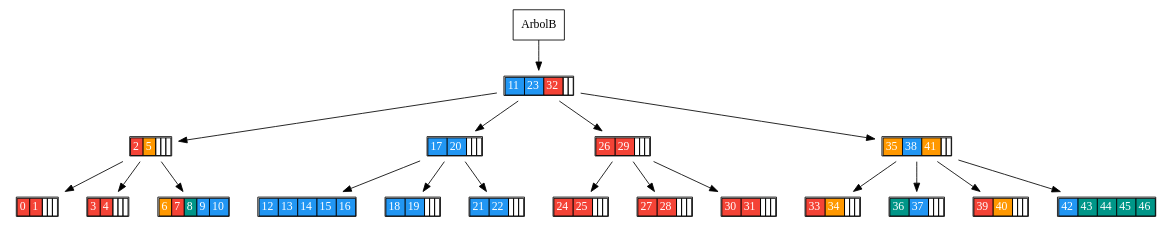
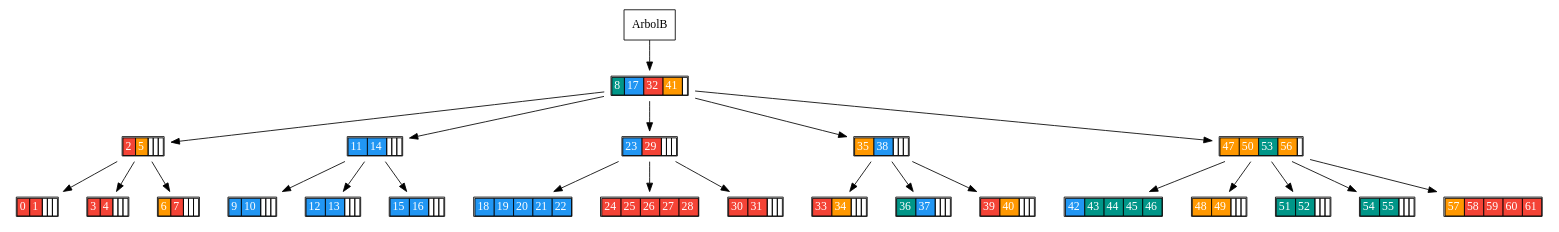
Before and after one commit to pablunsky/fuzzy-cat: the diagram in servidor/src/main/webapp/W3.CSS Template_files/arbol.dot, drawn with Graphviz. The commit also changed 33 other files, not shown here.

```diff
--- a/servidor/src/main/webapp/W3.CSS Template_files/arbol.dot
+++ b/servidor/src/main/webapp/W3.CSS Template_files/arbol.dot
@@ -1,38 +1,48 @@
 digraph arbol{
-ArbolB [shape=record, fontname="Raleway", label=ArbolB]881830774 [shape=none, fontname="Raleway",label=<<TABLE CELLSPACING="0"><TR><TD BGCOLOR ="#2196F3"><FONT COLOR="white">11</FONT></TD><TD BGCOLOR ="#2196F3"><FONT COLOR="white">23</FONT></TD><TD BGCOLOR ="#f44336"><FONT COLOR="white">32</FONT></TD><TD></TD><TD></TD></TR></TABLE>>];
-ArbolB -> 881830774;
-347214224 [shape=none, fontname="Raleway",label=<<TABLE CELLSPACING="0"><TR><TD BGCOLOR ="#f44336"><FONT COLOR="white">2</FONT></TD><TD BGCOLOR ="#ff9800"><FONT COLOR="white">5</FONT></TD><TD></TD><TD></TD><TD></TD></TR></TABLE>>];
-881830774 -> 347214224;
-592977243 [shape=none, fontname="Raleway",label=<<TABLE CELLSPACING="0"><TR><TD BGCOLOR ="#f44336"><FONT COLOR="white">0</FONT></TD><TD BGCOLOR ="#f44336"><FONT COLOR="white">1</FONT></TD><TD></TD><TD></TD><TD></TD></TR></TABLE>>];
-347214224 -> 592977243;
-1092201945 [shape=none, fontname="Raleway",label=<<TABLE CELLSPACING="0"><TR><TD BGCOLOR ="#f44336"><FONT COLOR="white">3</FONT></TD><TD BGCOLOR ="#f44336"><FONT COLOR="white">4</FONT></TD><TD></TD><TD></TD><TD></TD></TR></TABLE>>];
-347214224 -> 1092201945;
-142895767 [shape=none, fontname="Raleway",label=<<TABLE CELLSPACING="0"><TR><TD BGCOLOR ="#ff9800"><FONT COLOR="white">6</FONT></TD><TD BGCOLOR ="#f44336"><FONT COLOR="white">7</FONT></TD><TD BGCOLOR ="#009688"><FONT COLOR="white">8</FONT></TD><TD BGCOLOR ="#2196F3"><FONT COLOR="white">9</FONT></TD><TD BGCOLOR ="#2196F3"><FONT COLOR="white">10</FONT></TD></TR></TABLE>>];
-347214224 -> 142895767;
-213828742 [shape=none, fontname="Raleway",label=<<TABLE CELLSPACING="0"><TR><TD BGCOLOR ="#2196F3"><FONT COLOR="white">17</FONT></TD><TD BGCOLOR ="#2196F3"><FONT COLOR="white">20</FONT></TD><TD></TD><TD></TD><TD></TD></TR></TABLE>>];
-881830774 -> 213828742;
-1877979791 [shape=none, fontname="Raleway",label=<<TABLE CELLSPACING="0"><TR><TD BGCOLOR ="#2196F3"><FONT COLOR="white">12</FONT></TD><TD BGCOLOR ="#2196F3"><FONT COLOR="white">13</FONT></TD><TD BGCOLOR ="#2196F3"><FONT COLOR="white">14</FONT></TD><TD BGCOLOR ="#2196F3"><FONT COLOR="white">15</FONT></TD><TD BGCOLOR ="#2196F3"><FONT COLOR="white">16</FONT></TD></TR></TABLE>>];
-213828742 -> 1877979791;
-1662303694 [shape=none, fontname="Raleway",label=<<TABLE CELLSPACING="0"><TR><TD BGCOLOR ="#2196F3"><FONT COLOR="white">18</FONT></TD><TD BGCOLOR ="#2196F3"><FONT COLOR="white">19</FONT></TD><TD></TD><TD></TD><TD></TD></TR></TABLE>>];
-213828742 -> 1662303694;
-1223668713 [shape=none, fontname="Raleway",label=<<TABLE CELLSPACING="0"><TR><TD BGCOLOR ="#2196F3"><FONT COLOR="white">21</FONT></TD><TD BGCOLOR ="#2196F3"><FONT COLOR="white">22</FONT></TD><TD></TD><TD></TD><TD></TD></TR></TABLE>>];
-213828742 -> 1223668713;
-848286854 [shape=none, fontname="Raleway",label=<<TABLE CELLSPACING="0"><TR><TD BGCOLOR ="#f44336"><FONT COLOR="white">26</FONT></TD><TD BGCOLOR ="#f44336"><FONT COLOR="white">29</FONT></TD><TD></TD><TD></TD><TD></TD></TR></TABLE>>];
-881830774 -> 848286854;
-543585170 [shape=none, fontname="Raleway",label=<<TABLE CELLSPACING="0"><TR><TD BGCOLOR ="#f44336"><FONT COLOR="white">24</FONT></TD><TD BGCOLOR ="#f44336"><FONT COLOR="white">25</FONT></TD><TD></TD><TD></TD><TD></TD></TR></TABLE>>];
-848286854 -> 543585170;
-1717190813 [shape=none, fontname="Raleway",label=<<TABLE CELLSPACING="0"><TR><TD BGCOLOR ="#f44336"><FONT COLOR="white">27</FONT></TD><TD BGCOLOR ="#f44336"><FONT COLOR="white">28</FONT></TD><TD></TD><TD></TD><TD></TD></TR></TABLE>>];
-848286854 -> 1717190813;
-1394595652 [shape=none, fontname="Raleway",label=<<TABLE CELLSPACING="0"><TR><TD BGCOLOR ="#f44336"><FONT COLOR="white">30</FONT></TD><TD BGCOLOR ="#f44336"><FONT COLOR="white">31</FONT></TD><TD></TD><TD></TD><TD></TD></TR></TABLE>>];
-848286854 -> 1394595652;
-536347205 [shape=none, fontname="Raleway",label=<<TABLE CELLSPACING="0"><TR><TD BGCOLOR ="#ff9800"><FONT COLOR="white">35</FONT></TD><TD BGCOLOR ="#2196F3"><FONT COLOR="white">38</FONT></TD><TD BGCOLOR ="#ff9800"><FONT COLOR="white">41</FONT></TD><TD></TD><TD></TD></TR></TABLE>>];
-881830774 -> 536347205;
-202447051 [shape=none, fontname="Raleway",label=<<TABLE CELLSPACING="0"><TR><TD BGCOLOR ="#f44336"><FONT COLOR="white">33</FONT></TD><TD BGCOLOR ="#ff9800"><FONT COLOR="white">34</FONT></TD><TD></TD><TD></TD><TD></TD></TR></TABLE>>];
-536347205 -> 202447051;
-947646332 [shape=none, fontname="Raleway",label=<<TABLE CELLSPACING="0"><TR><TD BGCOLOR ="#009688"><FONT COLOR="white">36</FONT></TD><TD BGCOLOR ="#2196F3"><FONT COLOR="white">37</FONT></TD><TD></TD><TD></TD><TD></TD></TR></TABLE>>];
-536347205 -> 947646332;
-368294592 [shape=none, fontname="Raleway",label=<<TABLE CELLSPACING="0"><TR><TD BGCOLOR ="#f44336"><FONT COLOR="white">39</FONT></TD><TD BGCOLOR ="#ff9800"><FONT COLOR="white">40</FONT></TD><TD></TD><TD></TD><TD></TD></TR></TABLE>>];
-536347205 -> 368294592;
-18415538 [shape=none, fontname="Raleway",label=<<TABLE CELLSPACING="0"><TR><TD BGCOLOR ="#2196F3"><FONT COLOR="white">42</FONT></TD><TD BGCOLOR ="#009688"><FONT COLOR="white">43</FONT></TD><TD BGCOLOR ="#009688"><FONT COLOR="white">44</FONT></TD><TD BGCOLOR ="#009688"><FONT COLOR="white">45</FONT></TD><TD BGCOLOR ="#009688"><FONT COLOR="white">46</FONT></TD></TR></TABLE>>];
-536347205 -> 18415538;
+ArbolB [shape=record, fontname="Raleway", label=ArbolB]2109226365 [shape=none, fontname="Raleway",label=<<TABLE CELLSPACING="0"><TR><TD BGCOLOR ="#009688"><FONT COLOR="white">8</FONT></TD><TD BGCOLOR ="#2196F3"><FONT COLOR="white">17</FONT></TD><TD BGCOLOR ="#f44336"><FONT COLOR="white">32</FONT></TD><TD BGCOLOR ="#ff9800"><FONT COLOR="white">41</FONT></TD><TD></TD></TR></TABLE>>];
+ArbolB -> 2109226365;
+395342106 [shape=none, fontname="Raleway",label=<<TABLE CELLSPACING="0"><TR><TD BGCOLOR ="#f44336"><FONT COLOR="white">2</FONT></TD><TD BGCOLOR ="#ff9800"><FONT COLOR="white">5</FONT></TD><TD></TD><TD></TD><TD></TD></TR></TABLE>>];
+2109226365 -> 395342106;
+1432263561 [shape=none, fontname="Raleway",label=<<TABLE CELLSPACING="0"><TR><TD BGCOLOR ="#f44336"><FONT COLOR="white">0</FONT></TD><TD BGCOLOR ="#f44336"><FONT COLOR="white">1</FONT></TD><TD></TD><TD></TD><TD></TD></TR></TABLE>>];
+395342106 -> 1432263561;
+2053160867 [shape=none, fontname="Raleway",label=<<TABLE CELLSPACING="0"><TR><TD BGCOLOR ="#f44336"><FONT COLOR="white">3</FONT></TD><TD BGCOLOR ="#f44336"><FONT COLOR="white">4</FONT></TD><TD></TD><TD></TD><TD></TD></TR></TABLE>>];
+395342106 -> 2053160867;
+1175402055 [shape=none, fontname="Raleway",label=<<TABLE CELLSPACING="0"><TR><TD BGCOLOR ="#ff9800"><FONT COLOR="white">6</FONT></TD><TD BGCOLOR ="#f44336"><FONT COLOR="white">7</FONT></TD><TD></TD><TD></TD><TD></TD></TR></TABLE>>];
+395342106 -> 1175402055;
+1375962941 [shape=none, fontname="Raleway",label=<<TABLE CELLSPACING="0"><TR><TD BGCOLOR ="#2196F3"><FONT COLOR="white">11</FONT></TD><TD BGCOLOR ="#2196F3"><FONT COLOR="white">14</FONT></TD><TD></TD><TD></TD><TD></TD></TR></TABLE>>];
+2109226365 -> 1375962941;
+1931533351 [shape=none, fontname="Raleway",label=<<TABLE CELLSPACING="0"><TR><TD BGCOLOR ="#2196F3"><FONT COLOR="white">9</FONT></TD><TD BGCOLOR ="#2196F3"><FONT COLOR="white">10</FONT></TD><TD></TD><TD></TD><TD></TD></TR></TABLE>>];
+1375962941 -> 1931533351;
+214104135 [shape=none, fontname="Raleway",label=<<TABLE CELLSPACING="0"><TR><TD BGCOLOR ="#2196F3"><FONT COLOR="white">12</FONT></TD><TD BGCOLOR ="#2196F3"><FONT COLOR="white">13</FONT></TD><TD></TD><TD></TD><TD></TD></TR></TABLE>>];
+1375962941 -> 214104135;
+859855510 [shape=none, fontname="Raleway",label=<<TABLE CELLSPACING="0"><TR><TD BGCOLOR ="#2196F3"><FONT COLOR="white">15</FONT></TD><TD BGCOLOR ="#2196F3"><FONT COLOR="white">16</FONT></TD><TD></TD><TD></TD><TD></TD></TR></TABLE>>];
+1375962941 -> 859855510;
+2100566444 [shape=none, fontname="Raleway",label=<<TABLE CELLSPACING="0"><TR><TD BGCOLOR ="#2196F3"><FONT COLOR="white">23</FONT></TD><TD BGCOLOR ="#f44336"><FONT COLOR="white">29</FONT></TD><TD></TD><TD></TD><TD></TD></TR></TABLE>>];
+2109226365 -> 2100566444;
+134226889 [shape=none, fontname="Raleway",label=<<TABLE CELLSPACING="0"><TR><TD BGCOLOR ="#2196F3"><FONT COLOR="white">18</FONT></TD><TD BGCOLOR ="#2196F3"><FONT COLOR="white">19</FONT></TD><TD BGCOLOR ="#2196F3"><FONT COLOR="white">20</FONT></TD><TD BGCOLOR ="#2196F3"><FONT COLOR="white">21</FONT></TD><TD BGCOLOR ="#2196F3"><FONT COLOR="white">22</FONT></TD></TR></TABLE>>];
+2100566444 -> 134226889;
+328983118 [shape=none, fontname="Raleway",label=<<TABLE CELLSPACING="0"><TR><TD BGCOLOR ="#f44336"><FONT COLOR="white">24</FONT></TD><TD BGCOLOR ="#f44336"><FONT COLOR="white">25</FONT></TD><TD BGCOLOR ="#f44336"><FONT COLOR="white">26</FONT></TD><TD BGCOLOR ="#f44336"><FONT COLOR="white">27</FONT></TD><TD BGCOLOR ="#f44336"><FONT COLOR="white">28</FONT></TD></TR></TABLE>>];
+2100566444 -> 328983118;
+582913601 [shape=none, fontname="Raleway",label=<<TABLE CELLSPACING="0"><TR><TD BGCOLOR ="#f44336"><FONT COLOR="white">30</FONT></TD><TD BGCOLOR ="#f44336"><FONT COLOR="white">31</FONT></TD><TD></TD><TD></TD><TD></TD></TR></TABLE>>];
+2100566444 -> 582913601;
+2132413123 [shape=none, fontname="Raleway",label=<<TABLE CELLSPACING="0"><TR><TD BGCOLOR ="#ff9800"><FONT COLOR="white">35</FONT></TD><TD BGCOLOR ="#2196F3"><FONT COLOR="white">38</FONT></TD><TD></TD><TD></TD><TD></TD></TR></TABLE>>];
+2109226365 -> 2132413123;
+1980592258 [shape=none, fontname="Raleway",label=<<TABLE CELLSPACING="0"><TR><TD BGCOLOR ="#f44336"><FONT COLOR="white">33</FONT></TD><TD BGCOLOR ="#ff9800"><FONT COLOR="white">34</FONT></TD><TD></TD><TD></TD><TD></TD></TR></TABLE>>];
+2132413123 -> 1980592258;
+986211743 [shape=none, fontname="Raleway",label=<<TABLE CELLSPACING="0"><TR><TD BGCOLOR ="#009688"><FONT COLOR="white">36</FONT></TD><TD BGCOLOR ="#2196F3"><FONT COLOR="white">37</FONT></TD><TD></TD><TD></TD><TD></TD></TR></TABLE>>];
+2132413123 -> 986211743;
+1825712129 [shape=none, fontname="Raleway",label=<<TABLE CELLSPACING="0"><TR><TD BGCOLOR ="#f44336"><FONT COLOR="white">39</FONT></TD><TD BGCOLOR ="#ff9800"><FONT COLOR="white">40</FONT></TD><TD></TD><TD></TD><TD></TD></TR></TABLE>>];
+2132413123 -> 1825712129;
+1127312202 [shape=none, fontname="Raleway",label=<<TABLE CELLSPACING="0"><TR><TD BGCOLOR ="#ff9800"><FONT COLOR="white">47</FONT></TD><TD BGCOLOR ="#ff9800"><FONT COLOR="white">50</FONT></TD><TD BGCOLOR ="#009688"><FONT COLOR="white">53</FONT></TD><TD BGCOLOR ="#ff9800"><FONT COLOR="white">56</FONT></TD><TD></TD></TR></TABLE>>];
+2109226365 -> 1127312202;
+1587907278 [shape=none, fontname="Raleway",label=<<TABLE CELLSPACING="0"><TR><TD BGCOLOR ="#2196F3"><FONT COLOR="white">42</FONT></TD><TD BGCOLOR ="#009688"><FONT COLOR="white">43</FONT></TD><TD BGCOLOR ="#009688"><FONT COLOR="white">44</FONT></TD><TD BGCOLOR ="#009688"><FONT COLOR="white">45</FONT></TD><TD BGCOLOR ="#009688"><FONT COLOR="white">46</FONT></TD></TR></TABLE>>];
+1127312202 -> 1587907278;
+658044952 [shape=none, fontname="Raleway",label=<<TABLE CELLSPACING="0"><TR><TD BGCOLOR ="#ff9800"><FONT COLOR="white">48</FONT></TD><TD BGCOLOR ="#ff9800"><FONT COLOR="white">49</FONT></TD><TD></TD><TD></TD><TD></TD></TR></TABLE>>];
+1127312202 -> 658044952;
+1524059870 [shape=none, fontname="Raleway",label=<<TABLE CELLSPACING="0"><TR><TD BGCOLOR ="#009688"><FONT COLOR="white">51</FONT></TD><TD BGCOLOR ="#009688"><FONT COLOR="white">52</FONT></TD><TD></TD><TD></TD><TD></TD></TR></TABLE>>];
+1127312202 -> 1524059870;
+309597685 [shape=none, fontname="Raleway",label=<<TABLE CELLSPACING="0"><TR><TD BGCOLOR ="#009688"><FONT COLOR="white">54</FONT></TD><TD BGCOLOR ="#009688"><FONT COLOR="white">55</FONT></TD><TD></TD><TD></TD><TD></TD></TR></TABLE>>];
+1127312202 -> 309597685;
+29779396 [shape=none, fontname="Raleway",label=<<TABLE CELLSPACING="0"><TR><TD BGCOLOR ="#ff9800"><FONT COLOR="white">57</FONT></TD><TD BGCOLOR ="#f44336"><FONT COLOR="white">58</FONT></TD><TD BGCOLOR ="#f44336"><FONT COLOR="white">59</FONT></TD><TD BGCOLOR ="#f44336"><FONT COLOR="white">60</FONT></TD><TD BGCOLOR ="#f44336"><FONT COLOR="white">61</FONT></TD></TR></TABLE>>];
+1127312202 -> 29779396;
 }
```
